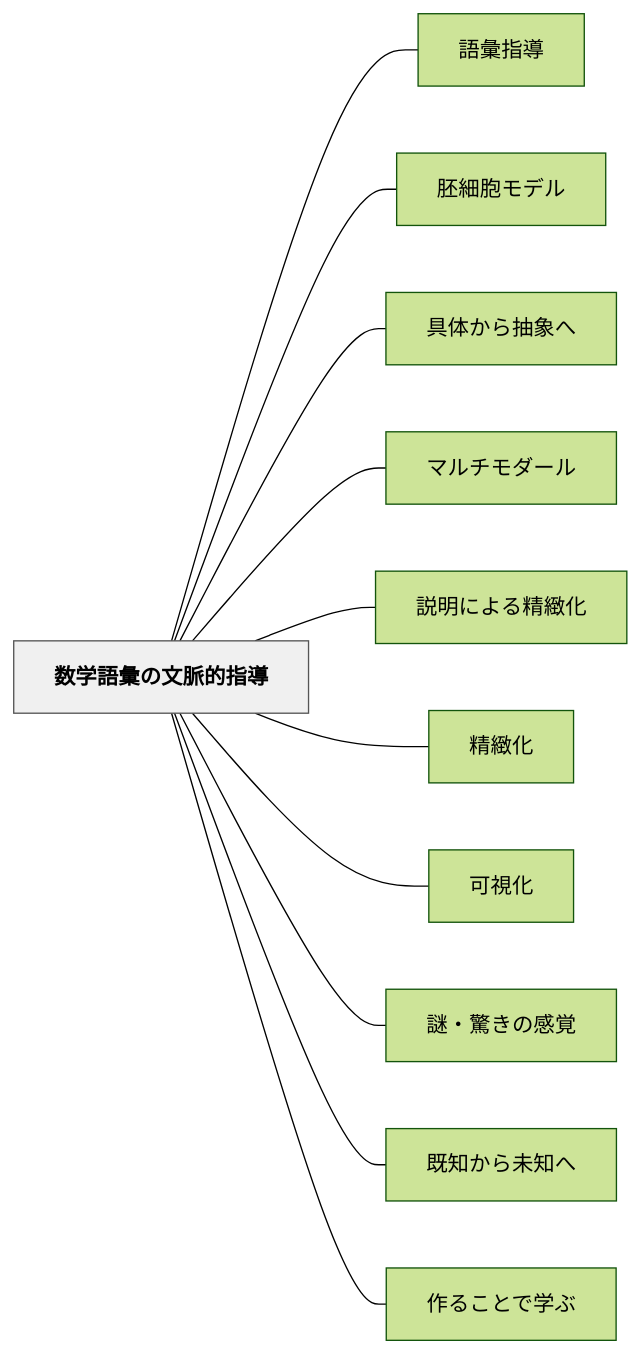
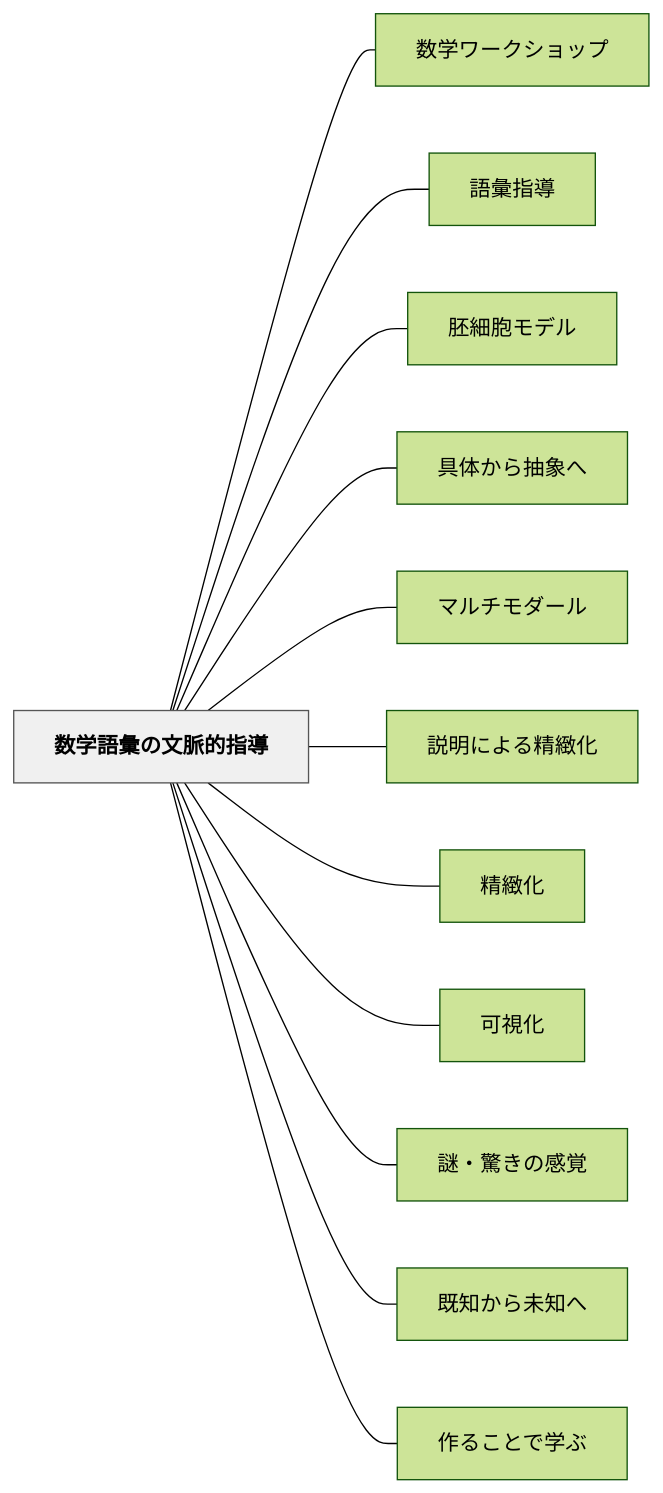
One commit to unknownthings-ed-patterns/unknownthings-ed-patterns changed the diagram in content/パタン/数学語彙の文脈的指導.md. Above: the diagram before and after it, drawn with Mermaid (forest theme). The commit also changed other lines of this file and 100 other files, not shown here.

````diff
--- a/content/パタン/数学語彙の文脈的指導.md
+++ b/content/パタン/数学語彙の文脈的指導.md
@@ -175,28 +176,30 @@
 ```mermaid
 flowchart LR
     ne695b0e5ada6e8aa9ee5bd99e381aee69687e88488e79a84e68c87e5b08e["数学語彙の文脈的指導"]
+    ne695b0e5ada6e383afe383bce382afe382b7e383a7e38383e38397["数学ワークショップ"]
     ne8aa9ee5bd99e68c87e5b08e["語彙指導"]
     ne8839ae7b4b0e8839ee383a2e38387e383ab["胚細胞モデル"]
     ne585b7e4bd93e3818be38289e68abde8b1a1e381b8["具体から抽象へ"]
     ne3839ee383abe38381e383a2e38380e383bce383ab["マルチモダール"]
     ne8aaace6988ee381abe38288e3828be7b2bee7b7bbe58c96["説明による精緻化"]
     ne7b2bee7b7bbe58c96["精緻化"]
     ne58fafe8a696e58c96["可視化"]
     ne8ac8ee383bbe9a99ae3818de381aee6849fe8a69a["謎・驚きの感覚"]
     ne697a2e79fa5e3818be38289e69caae79fa5e381b8["既知から未知へ"]
     ne4bd9ce3828be38193e381a8e381a7e5ada6e381b6["作ることで学ぶ"]
 
+    ne695b0e5ada6e8aa9ee5bd99e381aee69687e88488e79a84e68c87e5b08e --- ne695b0e5ada6e383afe383bce382afe382b7e383a7e38383e38397
     ne695b0e5ada6e8aa9ee5bd99e381aee69687e88488e79a84e68c87e5b08e --- ne8aa9ee5bd99e68c87e5b08e
     ne695b0e5ada6e8aa9ee5bd99e381aee69687e88488e79a84e68c87e5b08e --- ne8839ae7b4b0e8839ee383a2e38387e383ab
     ne695b0e5ada6e8aa9ee5bd99e381aee69687e88488e79a84e68c87e5b08e --- ne585b7e4bd93e3818be38289e68abde8b1a1e381b8
     ne695b0e5ada6e8aa9ee5bd99e381aee69687e88488e79a84e68c87e5b08e --- ne3839ee383abe38381e383a2e38380e383bce383ab
     ne695b0e5ada6e8aa9ee5bd99e381aee69687e88488e79a84e68c87e5b08e --- ne8aaace6988ee381abe38288e3828be7b2bee7b7bbe58c96
     ne695b0e5ada6e8aa9ee5bd99e381aee69687e88488e79a84e68c87e5b08e --- ne7b2bee7b7bbe58c96
     ne695b0e5ada6e8aa9ee5bd99e381aee69687e88488e79a84e68c87e5b08e --- ne58fafe8a696e58c96
     ne695b0e5ada6e8aa9ee5bd99e381aee69687e88488e79a84e68c87e5b08e --- ne8ac8ee383bbe9a99ae3818de381aee6849fe8a69a
     ne695b0e5ada6e8aa9ee5bd99e381aee69687e88488e79a84e68c87e5b08e --- ne697a2e79fa5e3818be38289e69caae79fa5e381b8
     ne695b0e5ada6e8aa9ee5bd99e381aee69687e88488e79a84e68c87e5b08e --- ne4bd9ce3828be38193e381a8e381a7e5ada6e381b6
 
     classDef hub fill:#f0f0f0,stroke:#555,color:#000,font-weight:bold
     class ne695b0e5ada6e8aa9ee5bd99e381aee69687e88488e79a84e68c87e5b08e hub
 ```
````
